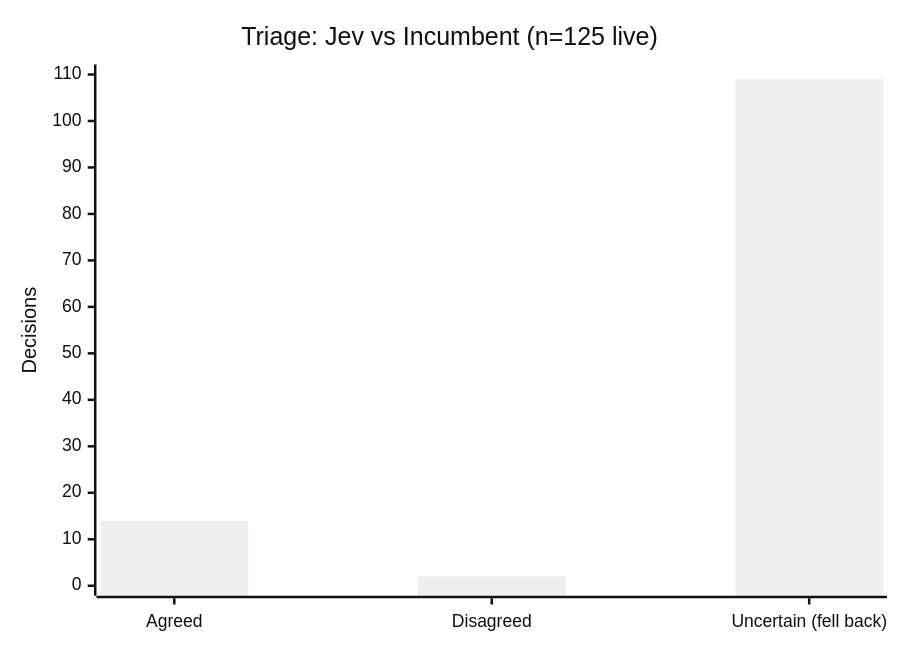
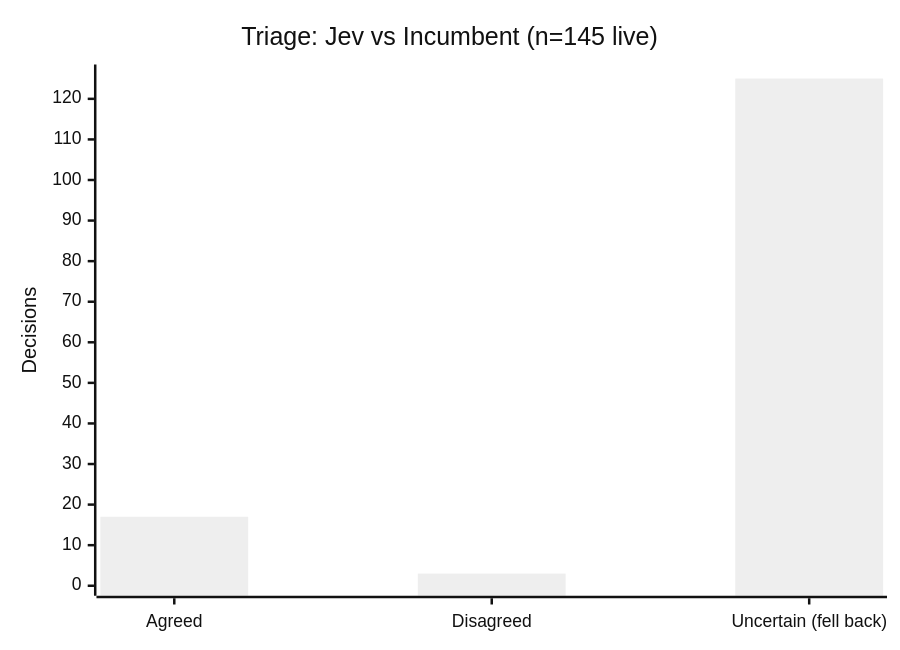
Before and after one commit to Sanctum-Origo-Systems/patina: the first of 4 diagrams in JEV.md, drawn with Mermaid (neutral theme). The commit also changed other lines of this file, not shown here.

Commit message:
chore: update jev report (2026-11-18) (#678)

````diff
--- a/JEV.md
+++ b/JEV.md
@@ -9,7 +9,7 @@
 ```mermaid
 xychart-beta
-    title "Triage: Jev vs Incumbent (n=125 live)"
+    title "Triage: Jev vs Incumbent (n=145 live)"
     x-axis ["Agreed", "Disagreed", "Uncertain (fell back)"]
-    y-axis "Decisions" 0 --> 110
-    bar [14, 2, 109]
+    y-axis "Decisions" 0 --> 126
+    bar [17, 3, 125]
 ```
````
